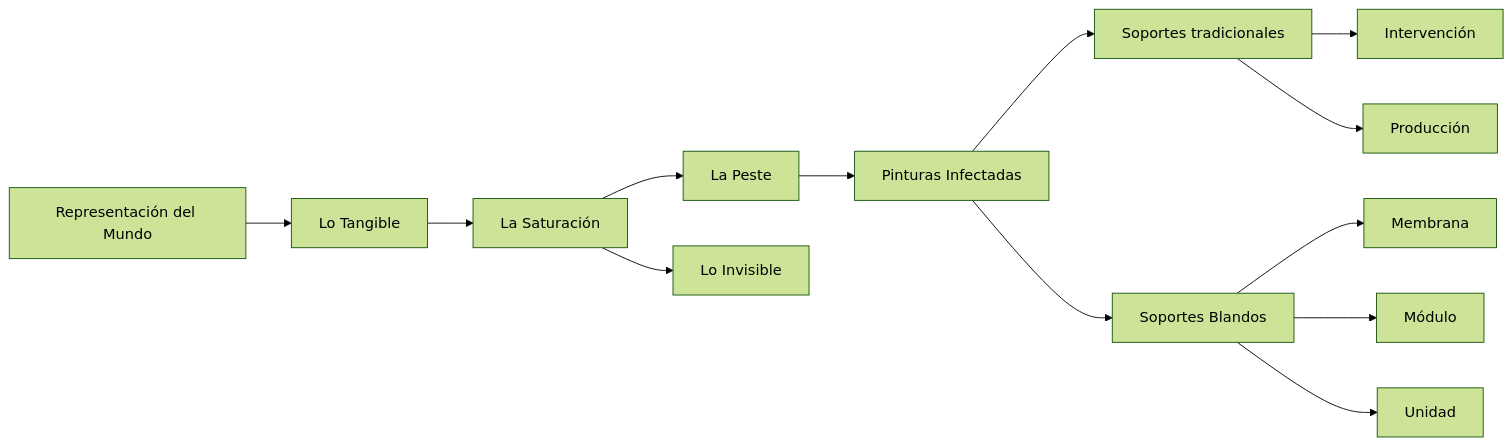
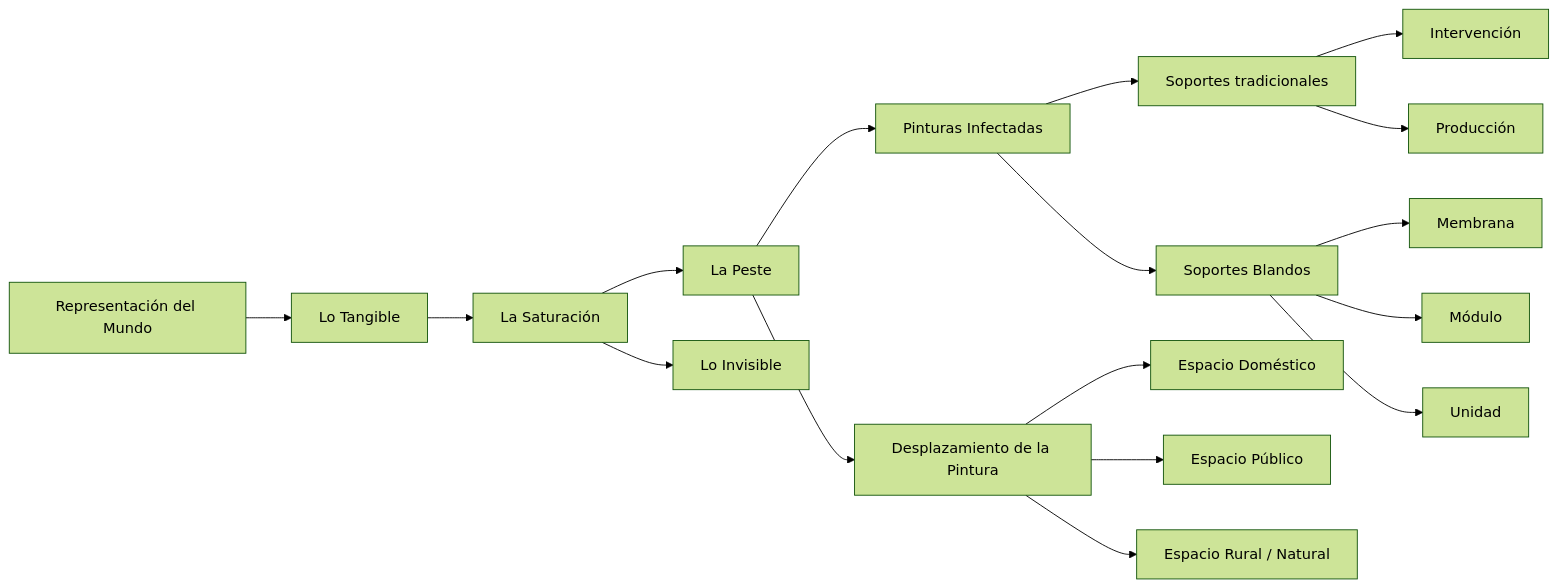
The diagram in ES/la-peste.md (EGGS-Artesvisuales/EGGS-Artesvisuales.github.io), drawn with Mermaid (forest theme) before and after one commit. The commit also changed other lines of this file, not shown here.

```diff
--- a/ES/la-peste.md
+++ b/ES/la-peste.md
@@ -35,29 +35,39 @@
 <div class="mermaid">
 flowchart LR
   Z["Representación del Mundo"] --> Y["Lo Tangible"]
   Y --> A["La Saturación"]
   A --> B["La Peste"]
   A --> X["Lo Invisible"]
-
   B --> C["Pinturas Infectadas"]
   C --> D["Soportes tradicionales"]
   D --> D1["Intervención"]
   D --> D2["Producción"]
   C --> E["Soportes Blandos"]
   E --> E1["Membrana"]
   E --> E2["Módulo"]
   E --> E3["Unidad"]
 
+  B --> F["Desplazamiento de la Pintura"]
+  F --> F1["Espacio Doméstico"]
+  F --> F2["Espacio Público"]
+  F --> F3["Espacio Rural / Natural"]
+
   click Z "/es/representacion-del-mundo.html" "Ver Representación del Mundo"
   click Y "/es/lo-tangible.html" "Ver Lo Tangible"
   click A "/es/saturacion.html" "Ver La Saturación"
   click B "/es/la-peste.html" "Ver La Peste"
   click C "/es/peste-pinturas-infectadas.html" "Ver Pinturas Infectadas"
-  click D "/ES/peste-pinturas-infectadas.html#soportes-tradicionales" "Ir a Soportes Tradicionales"
-  click D1 "/ES/peste-pinturas-infectadas.html#intervenciones" "Ir a Intervenciones"
-  click D2 "/ES/peste-pinturas-infectadas.html#producciones" "Ir a Producciones"
-  click E "/ES/peste-pinturas-infectadas.html#soportes-blandos" "Ir a Soportes Blandos"
-  click E1 "/ES/peste-pinturas-infectadas.html#membranas" "Ir a Membranas"
-  click E2 "/ES/peste-pinturas-infectadas.html#modulos" "Ir a Módulos"
-  click E3 "/ES/peste-pinturas-infectadas.html#unidades" "Ir a Unidades"
-  </div>
+  click D "#soportes-tradicionales" "Ir a Soportes Tradicionales"
+  click D1 "#intervenciones" "Ir a Intervenciones"
+  click D2 "#producciones" "Ir a Producciones"
+  click E "#soportes-blandos" "Ir a Soportes Blandos"
+  click E1 "#membranas" "Ir a Membranas"
+  click E2 "#modulos" "Ir a Módulos"
+  click E3 "#unidades" "Ir a Unidades"
+
+  %% Enlaces opcionales si existen
+  %% click F "#desplazamiento" "Ir a Desplazamiento de la Pintura"
+  %% click F1 "#espacio-domestico" "Ir a Espacio Doméstico"
+  %% click F2 "#espacio-publico" "Ir a Espacio Público"
+  %% click F3 "#espacio-rural" "Ir a Espacio Rural / Natural"
+</div>
```
